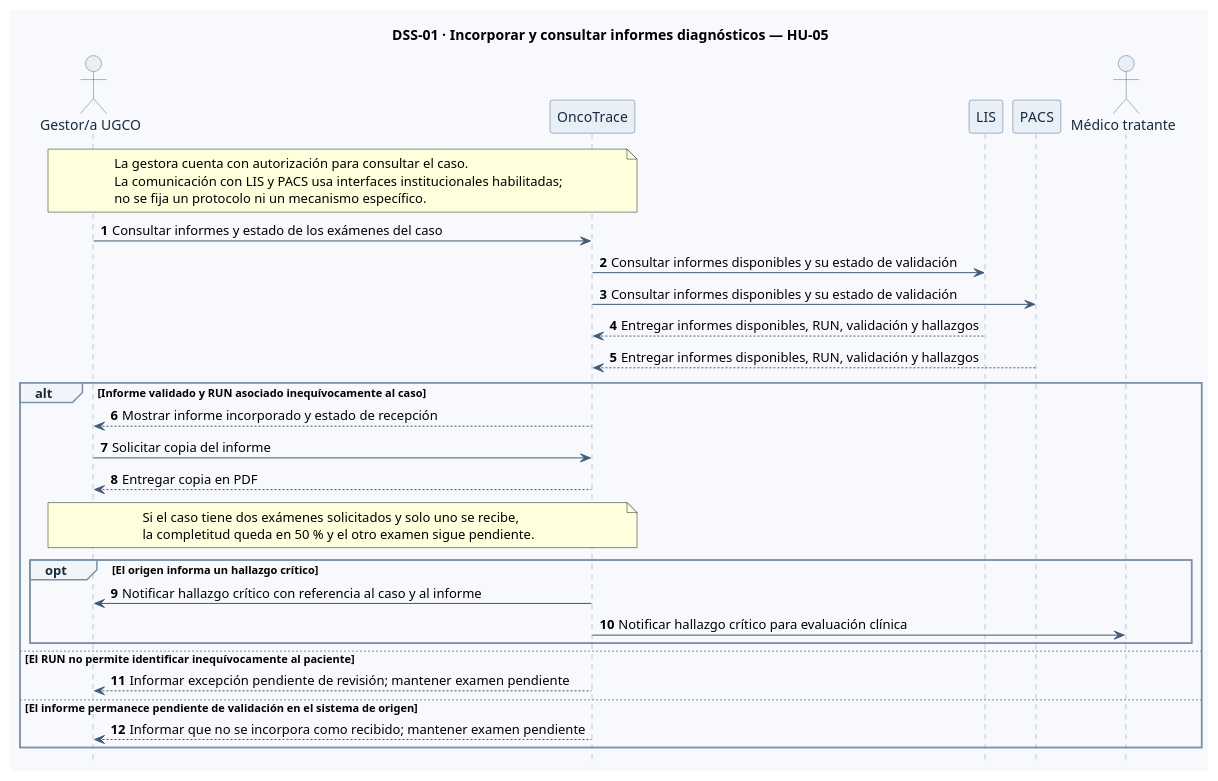
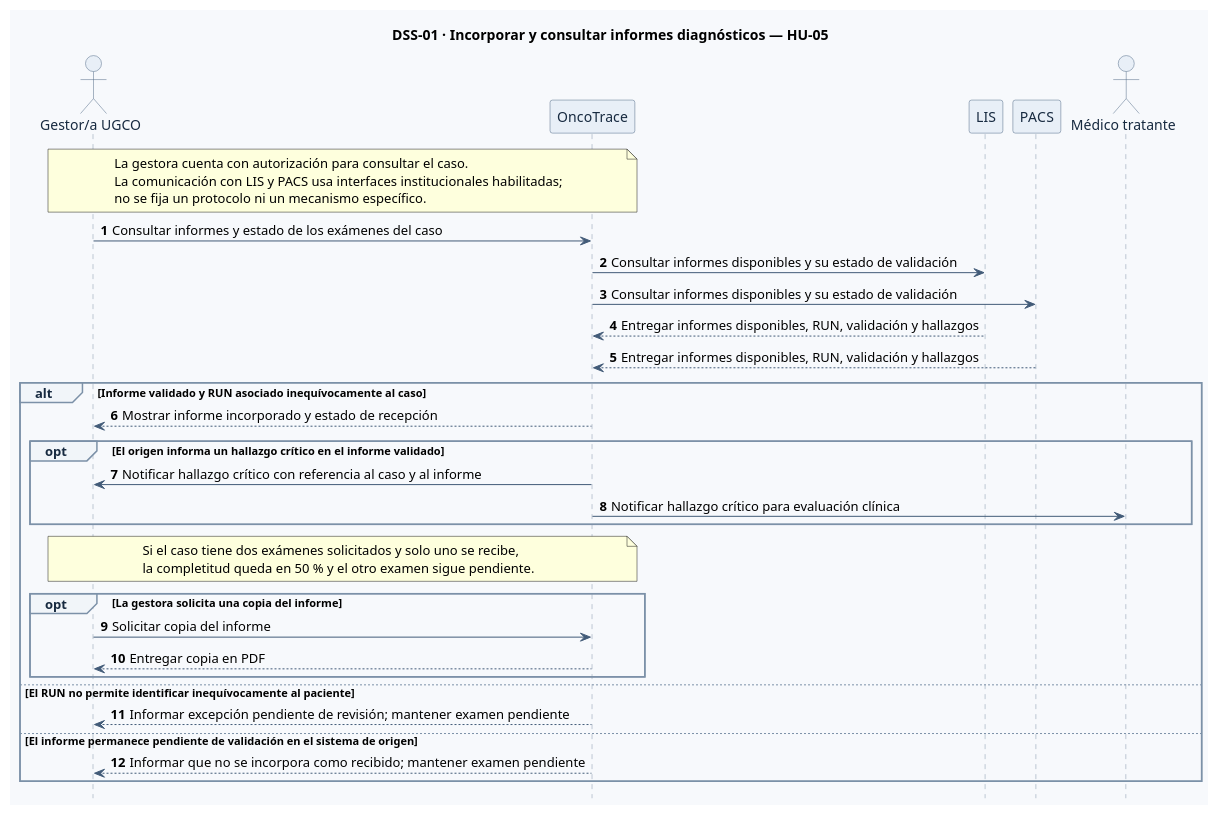
One commit to br1fz/OncoTrace changed the first of 2 diagrams in diagramas/diagramas-secuencia.puml. Above: the diagram before and after it, drawn with PlantUML. The commit also changed other lines of this file, not shown here.

Commit message:
(ENTREGA II) Actualizar fuente de secuencia
Se incorporó el ajuste de DSS-01 y se conservó el DSS-02 vigente en la fuente oficial.

```diff
--- a/diagramas/diagramas-secuencia.puml
+++ b/diagramas/diagramas-secuencia.puml
@@ -4,60 +4,62 @@
 @startuml DSS-01-HU-05
 hide footbox
 autonumber
 skinparam shadowing false
 skinparam backgroundColor #F7F9FC
 skinparam defaultFontName SansSerif
 skinparam sequence {
   ArrowColor #425B78
   LifeLineBorderColor #8295AA
   LifeLineBackgroundColor #F0F4F8
   ParticipantBorderColor #526B87
   ParticipantBackgroundColor #E8EFF7
   ParticipantFontColor #172A40
   ActorBorderColor #526B87
   ActorBackgroundColor #E8EFF7
   ActorFontColor #172A40
   BoxBorderColor #CBD5E1
   BoxBackgroundColor #F8FAFC
   GroupBorderColor #7C91A8
   GroupBackgroundColor #F1F5F9
   GroupHeaderFontColor #172A40
   ResponseMessageBelowArrow true
 }
 title DSS-01 · Incorporar y consultar informes diagnósticos — HU-05
 actor "Gestor/a UGCO" as Gestor
 participant "OncoTrace" as OT
 participant "LIS" as LIS
 participant "PACS" as PACS
 actor "Médico tratante" as Medico
 
 note over Gestor,OT
 La gestora cuenta con autorización para consultar el caso.
 La comunicación con LIS y PACS usa interfaces institucionales habilitadas;
 no se fija un protocolo ni un mecanismo específico.
 end note
 
 Gestor -> OT: Consultar informes y estado de los exámenes del caso
 OT -> LIS: Consultar informes disponibles y su estado de validación
 OT -> PACS: Consultar informes disponibles y su estado de validación
 LIS --> OT: Entregar informes disponibles, RUN, validación y hallazgos
 PACS --> OT: Entregar informes disponibles, RUN, validación y hallazgos
 
 alt Informe validado y RUN asociado inequívocamente al caso
   OT --> Gestor: Mostrar informe incorporado y estado de recepción
-  Gestor -> OT: Solicitar copia del informe
-  OT --> Gestor: Entregar copia en PDF
+  opt El origen informa un hallazgo crítico en el informe validado
+    OT -> Gestor: Notificar hallazgo crítico con referencia al caso y al informe
+    OT -> Medico: Notificar hallazgo crítico para evaluación clínica
+  end
   note over Gestor,OT
   Si el caso tiene dos exámenes solicitados y solo uno se recibe,
   la completitud queda en 50 % y el otro examen sigue pendiente.
   end note
-  opt El origen informa un hallazgo crítico
-    OT -> Gestor: Notificar hallazgo crítico con referencia al caso y al informe
-    OT -> Medico: Notificar hallazgo crítico para evaluación clínica
+  opt La gestora solicita una copia del informe
+    Gestor -> OT: Solicitar copia del informe
+    OT --> Gestor: Entregar copia en PDF
   end
 else El RUN no permite identificar inequívocamente al paciente
   OT --> Gestor: Informar excepción pendiente de revisión; mantener examen pendiente
 else El informe permanece pendiente de validación en el sistema de origen
   OT --> Gestor: Informar que no se incorpora como recibido; mantener examen pendiente
 end
 @enduml
```
